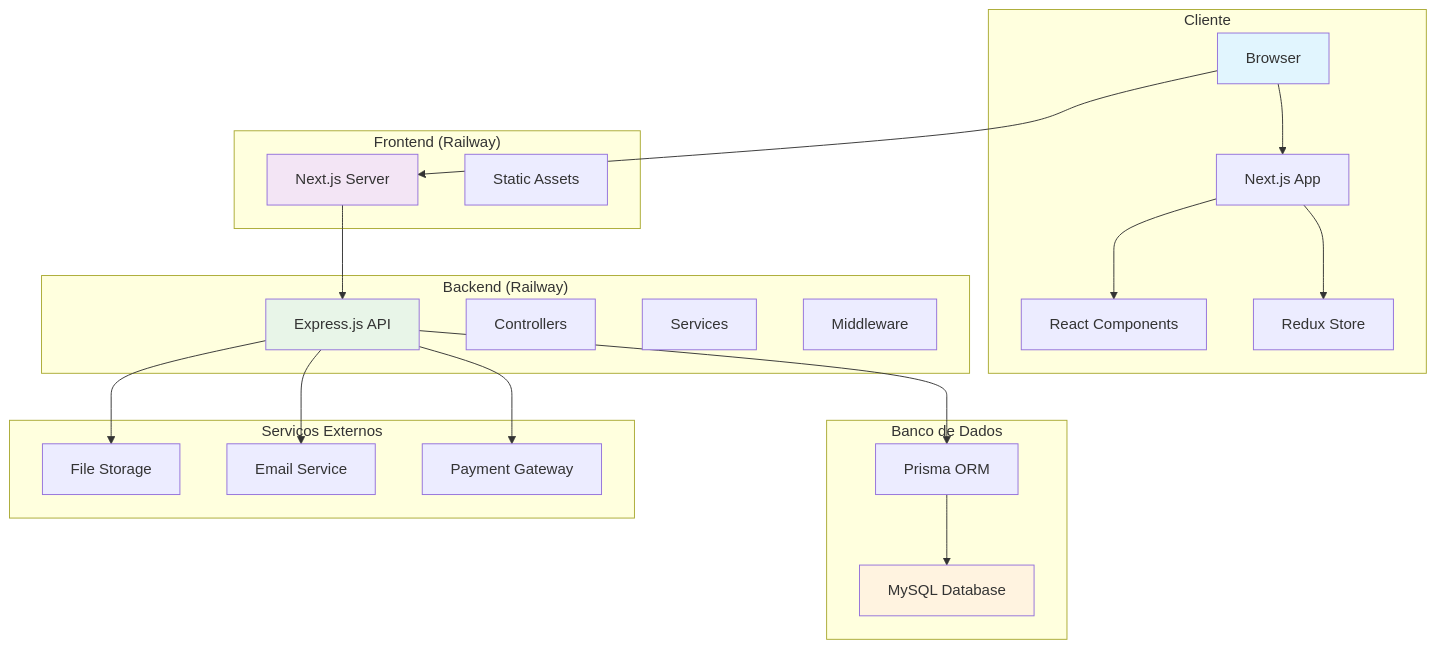
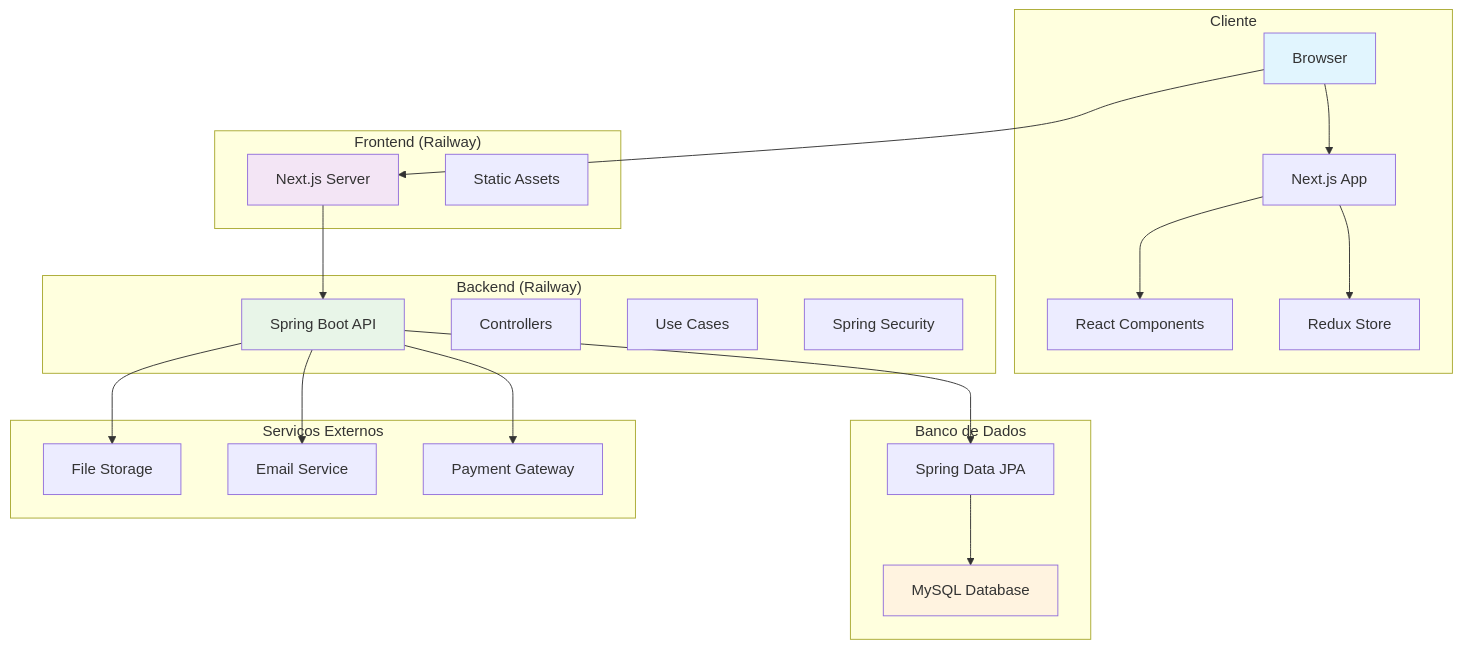
One commit to paulo0301/food-campus changed the diagram in docs/Arquitetura.md. Above: the diagram before and after it, drawn with Mermaid. The commit also changed other lines of this file and 12 other files, not shown here.

Commit message:
Atualiza a documentação da arquitetura e cerimonias, substituindo tecnologias de backend para Spring Boot e ajustando detalhes da reunião de planejamento da sprint.

````diff
--- a/docs/Arquitetura.md
+++ b/docs/Arquitetura.md
@@ -100,44 +112,44 @@
 ```mermaid
 graph TB
     subgraph "Cliente"
         A[Browser] --> B[Next.js App]
         B --> C[React Components]
         B --> D[Redux Store]
     end
     
     subgraph "Frontend (Railway)"
         E[Next.js Server]
         F[Static Assets]
     end
     
     subgraph "Backend (Railway)"
-        G[Express.js API]
+        G[Spring Boot API]
         H[Controllers]
-        I[Services]
-        J[Middleware]
+        I[Use Cases]
+        J[Spring Security]
     end
     
     subgraph "Banco de Dados"
         K[MySQL Database]
-        L[Prisma ORM]
+        L[Spring Data JPA]
     end
     
     subgraph "Serviços Externos"
         M[File Storage]
         N[Email Service]
         O[Payment Gateway]
     end
     
     A --> E
     E --> G
     G --> L
     L --> K
     G --> M
     G --> N
     G --> O
     
     style A fill:#e1f5fe
     style E fill:#f3e5f5
     style G fill:#e8f5e8
     style K fill:#fff3e0
 ```
````
